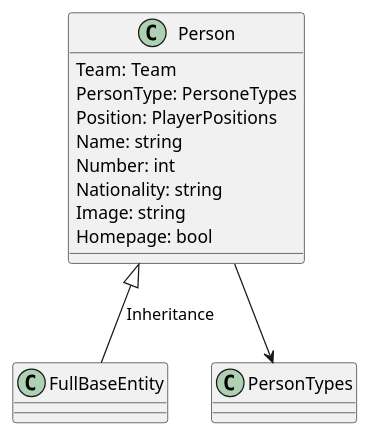
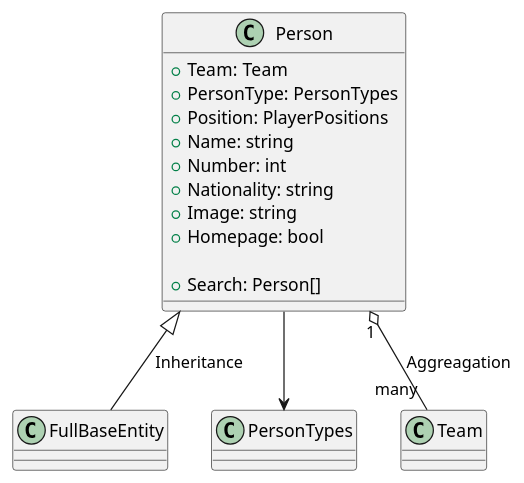
Before and after one commit to evrendev/sport-club: the diagram in uml/Person/Person.puml, drawn with PlantUML. The commit also changed 27 other files, not shown here.

Commit message:
Resource file added for fixtures, updated uml class diagrams

```diff
--- a/uml/Person/Person.puml
+++ b/uml/Person/Person.puml
@@ -1,17 +1,20 @@
-@startuml Class Diagram
+@startuml Person Class Diagram
 
 class Person  {
-    Team: Team
-    PersonType: PersoneTypes
-    Position: PlayerPositions
-    Name: string
-    Number: int
-    Nationality: string
-    Image: string
-    Homepage: bool
+    + Team: Team
+    + PersonType: PersonTypes
+    + Position: PlayerPositions
+    + Name: string
+    + Number: int
+    + Nationality: string
+    + Image: string
+    + Homepage: bool
+
+    + Search: Person[]
 }
 
 Person <|-- FullBaseEntity: Inheritance
 Person --> PersonTypes
+Person "1" o-- "many" Team : Aggreagation
 
 @enduml
```
